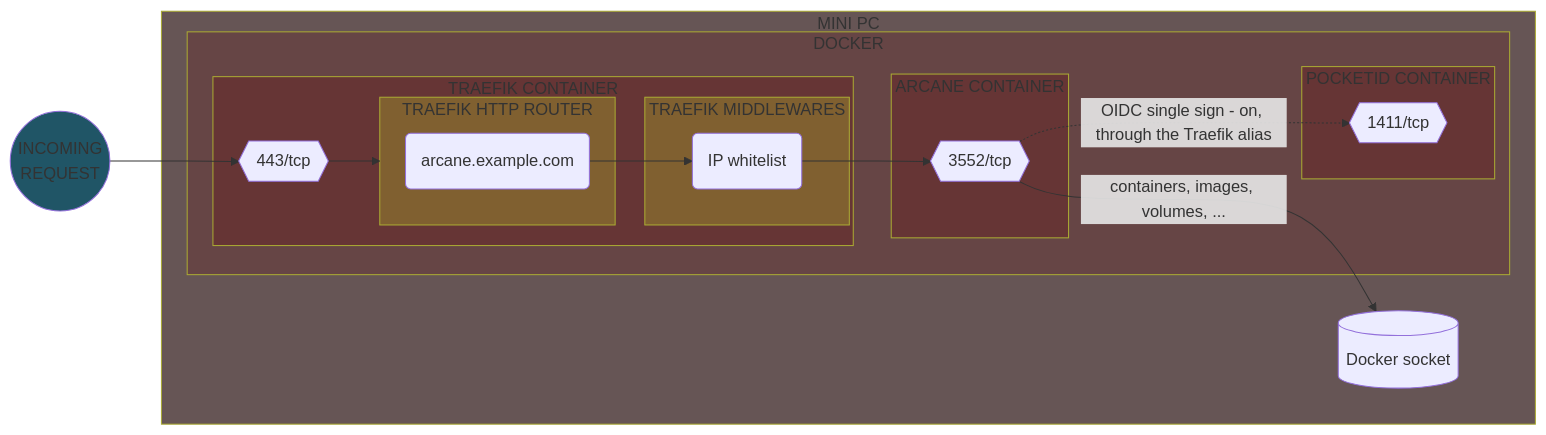
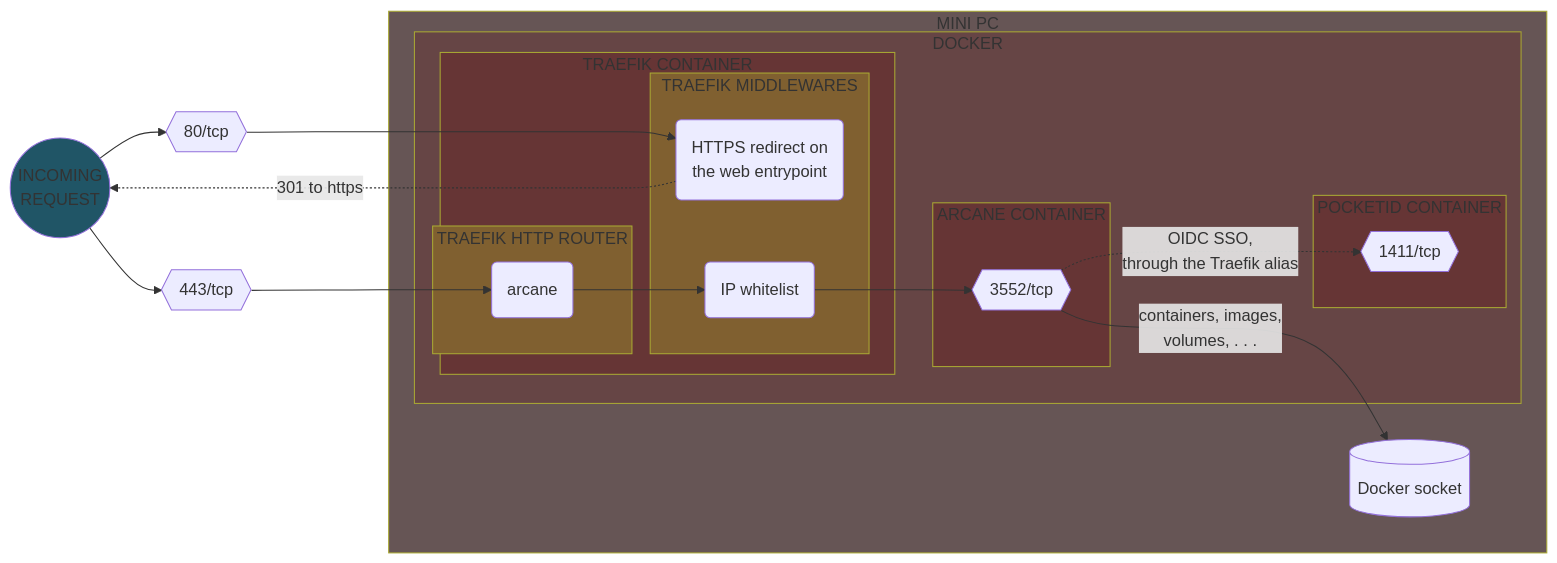
Diagram 14 of 31 in README.md (Yann39/self-hosted-n100), drawn with Mermaid before and after one commit. The commit also changed other lines of this file, not shown here.

````diff
--- a/README.md
+++ b/README.md
@@ -3670,52 +3664,55 @@
 ```mermaid
 flowchart LR
     style INCOMING_REQUEST fill: #205566
     style TRAEFIK_CONTAINER fill: #663535
     style APP_CONTAINER fill: #663535
     style POCKETID_CONTAINER fill: #663535
     style TRAEFIK_ROUTER fill: #806030
     style TRAEFIK_MIDDLEWARE fill: #806030
     style SERVER_DEVICE fill: #665555
     style CONTAINER_ENGINE fill: #664545
     DOCKER_TRAEFIK_PORT443{{443/tcp}}
+    DOCKER_TRAEFIK_PORT80{{80/tcp}}
     DOCKER_APP_PORT{{3552/tcp}}
     DOCKER_POCKETID_PORT{{1411/tcp}}
     DOCKER_SOCKET[(Docker socket)]
-    TRAEFIK_ROUTER_APP(arcane.example.com)
+    TRAEFIK_ROUTER_APP(arcane)
+    TRAEFIK_MIDDLEWARE_REDIRECT(HTTPS redirect on<br>the web entrypoint)
     TRAEFIK_MIDDLEWARE_IP_WHITELIST(IP whitelist)
     INCOMING_REQUEST((INCOMING\nREQUEST))
-    INCOMING_REQUEST --> DOCKER_TRAEFIK_PORT443
 
     subgraph SERVER_DEVICE[MINI PC]
         DOCKER_SOCKET
 
         subgraph CONTAINER_ENGINE[DOCKER]
             subgraph TRAEFIK_CONTAINER[TRAEFIK CONTAINER]
-                DOCKER_TRAEFIK_PORT443 --> TRAEFIK_ROUTER
-
                 subgraph TRAEFIK_ROUTER[TRAEFIK HTTP ROUTER]
                     TRAEFIK_ROUTER_APP
                 end
 
                 subgraph TRAEFIK_MIDDLEWARE[TRAEFIK MIDDLEWARES]
+                    TRAEFIK_MIDDLEWARE_REDIRECT
                     TRAEFIK_MIDDLEWARE_IP_WHITELIST
                 end
-
-                TRAEFIK_ROUTER_APP --> TRAEFIK_MIDDLEWARE_IP_WHITELIST
             end
 
             subgraph APP_CONTAINER[ARCANE CONTAINER]
                 DOCKER_APP_PORT
             end
 
             subgraph POCKETID_CONTAINER[POCKETID CONTAINER]
                 DOCKER_POCKETID_PORT
             end
+        end
+    end
 
-            TRAEFIK_MIDDLEWARE_IP_WHITELIST --> DOCKER_APP_PORT
-            DOCKER_APP_PORT -.->|OIDC single sign - on, through the Traefik alias| DOCKER_POCKETID_PORT
-        end
-
-        DOCKER_APP_PORT -->|containers, images, volumes, ...| DOCKER_SOCKET
-    end
+    INCOMING_REQUEST --> DOCKER_TRAEFIK_PORT443
+    INCOMING_REQUEST --> DOCKER_TRAEFIK_PORT80
+    DOCKER_TRAEFIK_PORT80 ---> TRAEFIK_MIDDLEWARE_REDIRECT
+    TRAEFIK_MIDDLEWARE_REDIRECT -.->|301 to https| INCOMING_REQUEST
+    DOCKER_TRAEFIK_PORT443 --> TRAEFIK_ROUTER_APP
+    TRAEFIK_ROUTER_APP --> TRAEFIK_MIDDLEWARE_IP_WHITELIST
+    TRAEFIK_MIDDLEWARE_IP_WHITELIST --> DOCKER_APP_PORT
+    DOCKER_APP_PORT -.->|OIDC SSO,<br>through the Traefik alias| DOCKER_POCKETID_PORT
+    DOCKER_APP_PORT -->|containers, images,<br>volumes, . . .| DOCKER_SOCKET
 ```
````
